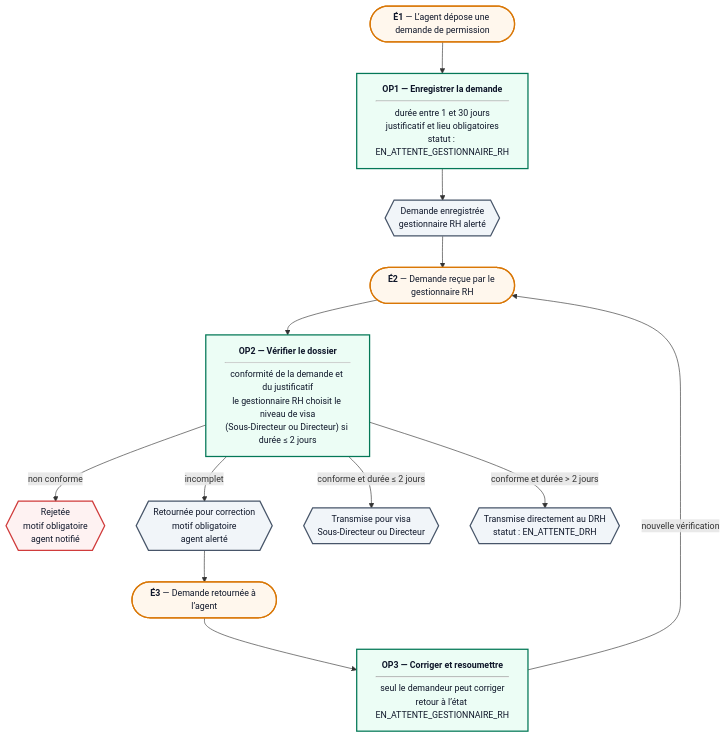
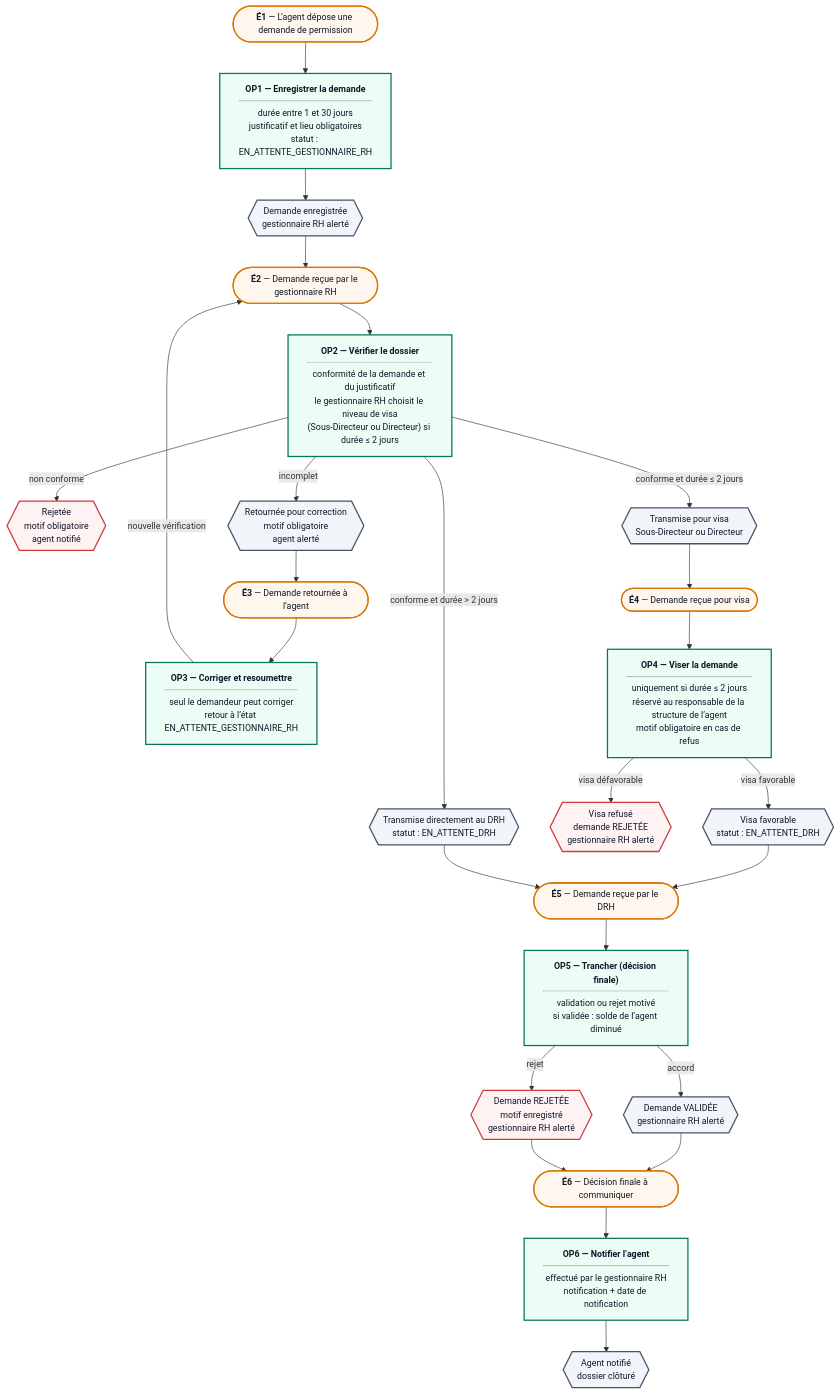
The fifth of 10 diagrams in docs/MERISE.md (MOMOBHY/APPLARAVEL), drawn with Mermaid before and after one commit. The commit also changed other lines of this file and 1 other file, not shown here.

Commit message:
Merise : un seul schéma MCT par cas

````diff
--- a/docs/MERISE.md
+++ b/docs/MERISE.md
@@ -183,30 +183,54 @@
 ```mermaid
 %%{init: {'flowchart': {'htmlLabels': true, 'curve': 'basis'}, 'themeVariables': {'fontSize': '14px'}}}%%
 flowchart TB
   classDef ev fill:#fff7ed,stroke:#d97706,stroke-width:2px,color:#0f172a
   classDef op fill:#ecfdf5,stroke:#047857,stroke-width:2px,color:#0f172a
   classDef re fill:#f1f5f9,stroke:#475569,stroke-width:2px,color:#0f172a
   classDef ko fill:#fef2f2,stroke:#d03b3b,stroke-width:2px,color:#0f172a
   E1(["<b>É1</b> — L’agent dépose une demande de permission"]):::ev
   O1["<b>OP1 — Enregistrer la demande</b><hr/>durée entre 1 et 30 jours<br/>justificatif et lieu obligatoires<br/>statut : EN_ATTENTE_GESTIONNAIRE_RH"]:::op
   R1{{"Demande enregistrée<br/>gestionnaire RH alerté"}}:::re
   E2(["<b>É2</b> — Demande reçue par le gestionnaire RH"]):::ev
   O2["<b>OP2 — Vérifier le dossier</b><hr/>conformité de la demande et du justificatif<br/>le gestionnaire RH choisit le niveau de visa<br/>(Sous-Directeur ou Directeur) si durée ≤ 2 jours"]:::op
   E1 --> O1
   O1 --> R1
   R1 --> E2
   E2 --> O2
   R2a{{"Rejetée<br/>motif obligatoire<br/>agent notifié"}}:::ko
   R2b{{"Retournée pour correction<br/>motif obligatoire<br/>agent alerté"}}:::re
   R2c{{"Transmise pour visa<br/>Sous-Directeur ou Directeur"}}:::re
   R2d{{"Transmise directement au DRH<br/>statut : EN_ATTENTE_DRH"}}:::re
   O2 -->|"non conforme"| R2a
   O2 -->|"incomplet"| R2b
   O2 -->|"conforme et durée ≤ 2 jours"| R2c
   O2 -->|"conforme et durée &gt; 2 jours"| R2d
   E3(["<b>É3</b> — Demande retournée à l’agent"]):::ev
   O3["<b>OP3 — Corriger et resoumettre</b><hr/>seul le demandeur peut corriger<br/>retour à l’état EN_ATTENTE_GESTIONNAIRE_RH"]:::op
   R2b --> E3
   E3 --> O3
   O3 -->|"nouvelle vérification"| E2
+  E4(["<b>É4</b> — Demande reçue pour visa"]):::ev
+  O4["<b>OP4 — Viser la demande</b><hr/>uniquement si durée ≤ 2 jours<br/>réservé au responsable de la structure de l’agent<br/>motif obligatoire en cas de refus"]:::op
+  E4 --> O4
+  R4a{{"Visa refusé<br/>demande REJETÉE<br/>gestionnaire RH alerté"}}:::ko
+  R4b{{"Visa favorable<br/>statut : EN_ATTENTE_DRH"}}:::re
+  O4 -->|"visa défavorable"| R4a
+  O4 -->|"visa favorable"| R4b
+  E5(["<b>É5</b> — Demande reçue par le DRH"]):::ev
+  O5["<b>OP5 — Trancher (décision finale)</b><hr/>validation ou rejet motivé<br/>si validée : solde de l’agent diminué"]:::op
+  R4b --> E5
+  E5 --> O5
+  R5a{{"Demande VALIDÉE<br/>gestionnaire RH alerté"}}:::re
+  R5b{{"Demande REJETÉE<br/>motif enregistré<br/>gestionnaire RH alerté"}}:::ko
+  O5 -->|"accord"| R5a
+  O5 -->|"rejet"| R5b
+  E6(["<b>É6</b> — Décision finale à communiquer"]):::ev
+  O6["<b>OP6 — Notifier l’agent</b><hr/>effectué par le gestionnaire RH<br/>notification + date de notification"]:::op
+  R6{{"Agent notifié<br/>dossier clôturé"}}:::re
+  R5a --> E6
+  R5b --> E6
+  E6 --> O6
+  O6 --> R6
+  R2c --> E4
+  R2d --> E5
 ```
````
